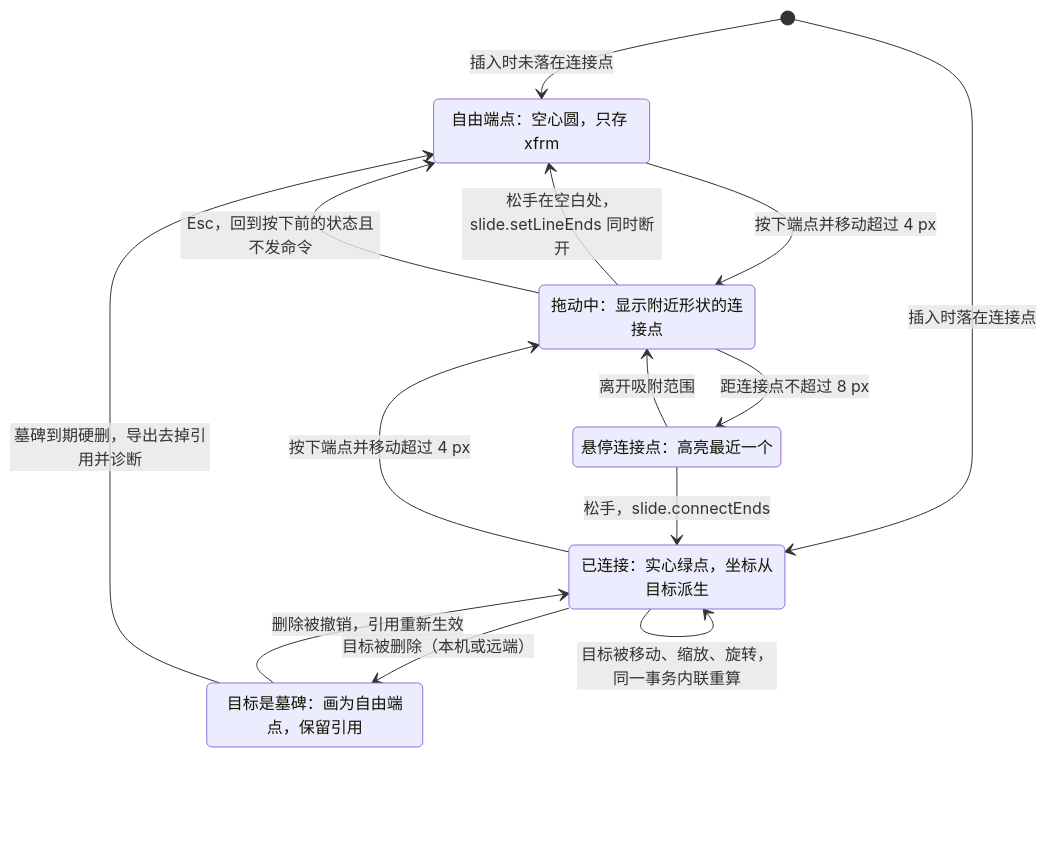
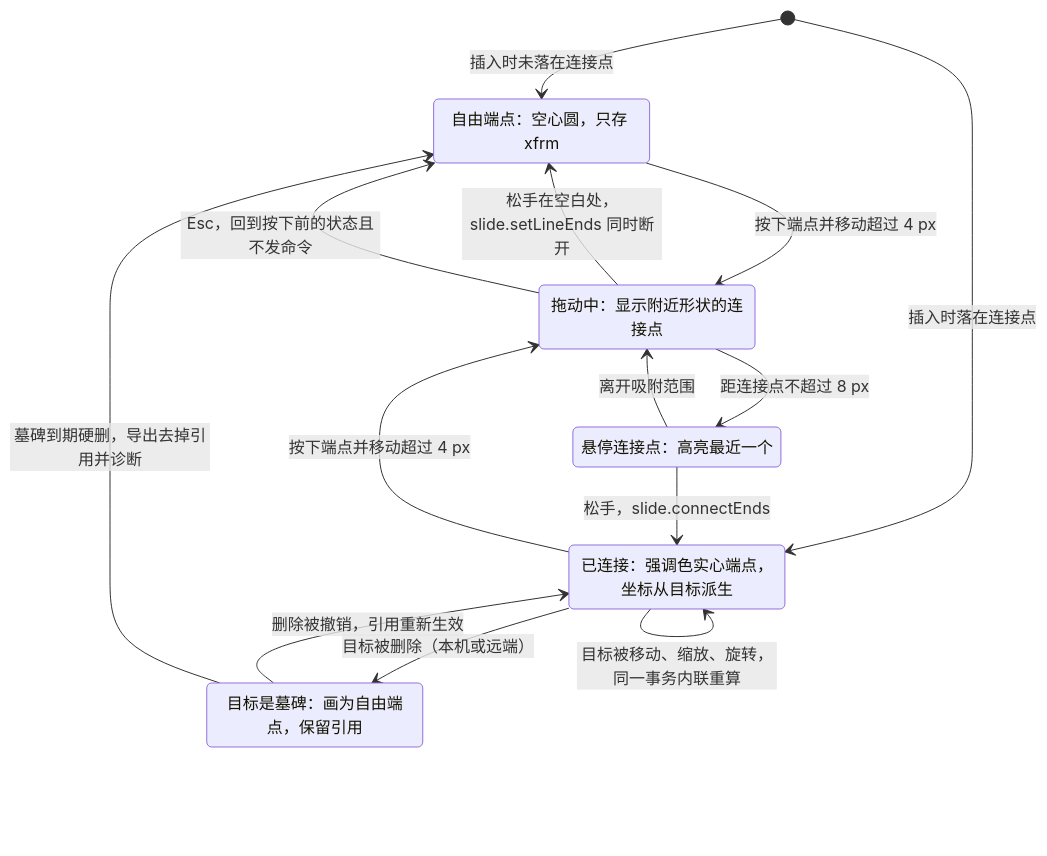
Before and after one commit to Xeonice/cordis-ppt-editor: the seventh of 12 diagrams in docs/50-frontend/22-elements-shapes-and-lines.md, drawn with Mermaid. The commit also changed other lines of this file and 25 other files, not shown here.

````diff
--- a/docs/50-frontend/22-elements-shapes-and-lines.md
+++ b/docs/50-frontend/22-elements-shapes-and-lines.md
@@ -422,21 +428,21 @@
 ```mermaid
 stateDiagram-v2
   state "自由端点：空心圆，只存 xfrm" as free
   state "拖动中：显示附近形状的连接点" as dragging
   state "悬停连接点：高亮最近一个" as hovering
-  state "已连接：实心绿点，坐标从目标派生" as connected
+  state "已连接：强调色实心端点，坐标从目标派生" as connected
   state "目标是墓碑：画为自由端点，保留引用" as orphan
   [*] --> free : 插入时未落在连接点
   [*] --> connected : 插入时落在连接点
   free --> dragging : 按下端点并移动超过 4 px
   connected --> dragging : 按下端点并移动超过 4 px
   dragging --> hovering : 距连接点不超过 8 px
   hovering --> dragging : 离开吸附范围
   hovering --> connected : 松手，slide.connectEnds
   dragging --> free : 松手在空白处，slide.setLineEnds 同时断开
   dragging --> free : Esc，回到按下前的状态且不发命令
   connected --> connected : 目标被移动、缩放、旋转，同一事务内联重算
   connected --> orphan : 目标被删除（本机或远端）
   orphan --> connected : 删除被撤销，引用重新生效
   orphan --> free : 墓碑到期硬删，导出去掉引用并诊断
 ```
````
